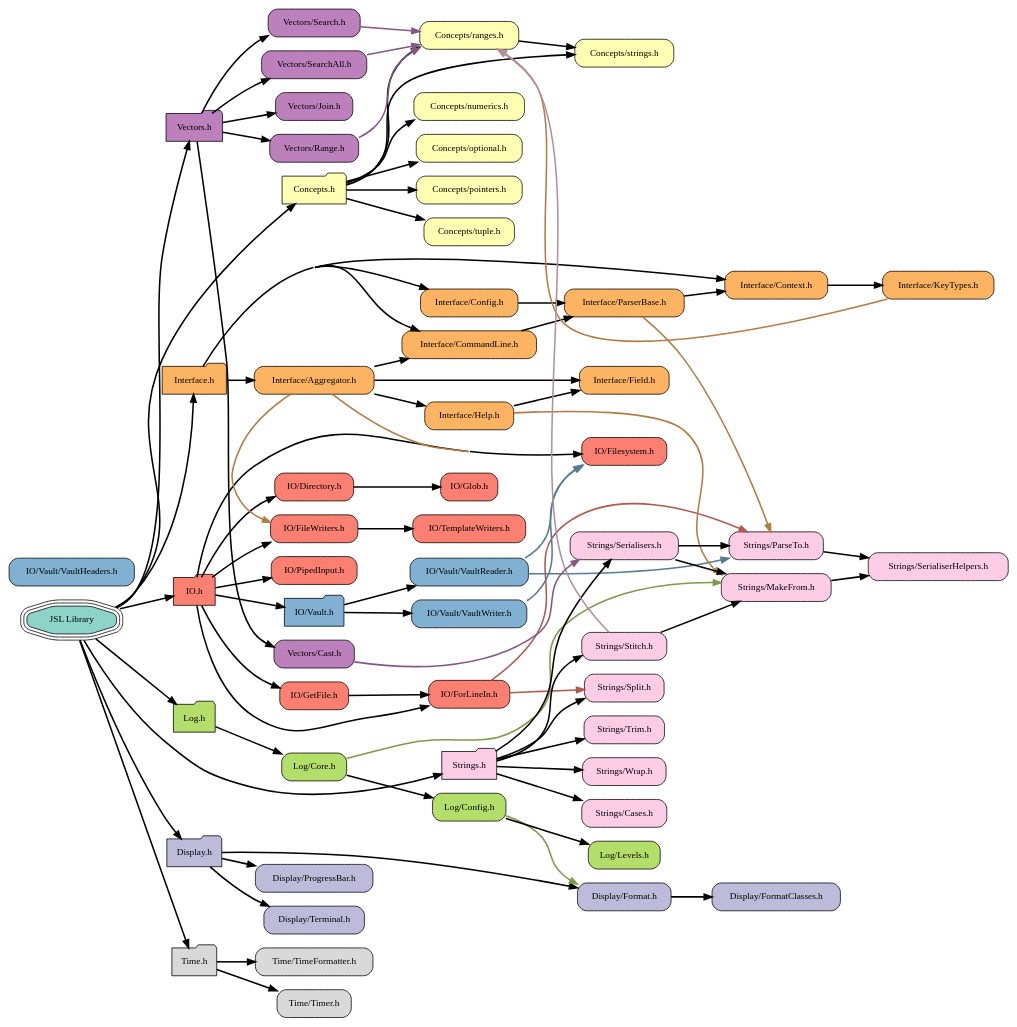
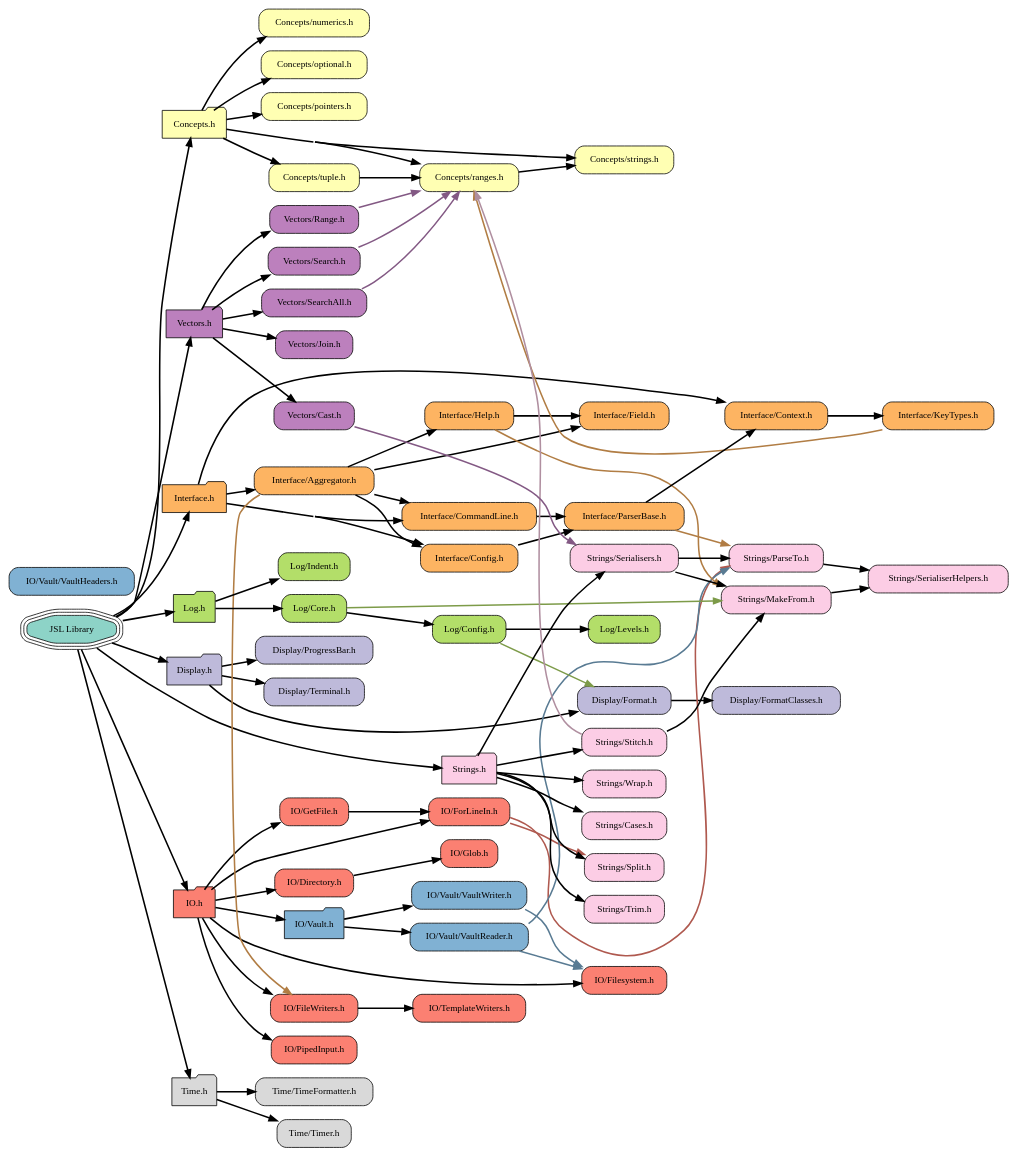
The diagram in docs/visualiser/heirarchy.dot (DrFraserGovil/JSL), drawn with Graphviz before and after one commit. The commit also changed 10 other files, not shown here.

Commit message:
Documented the JSL::Log::Indent function & updated the associated log files & the network visualisations

```diff
--- a/docs/visualiser/heirarchy.dot
+++ b/docs/visualiser/heirarchy.dot
@@ -46,6 +46,7 @@
 	node[fillcolor="#b3de69", style="rounded,filled", shape=folder, color="black"] "Log.h"                       [label="Log.h"]
 	node[fillcolor="#b3de69", style="rounded,filled", shape=box, color="black"] "Log/Config.h"                [label="Log/Config.h"]
 	node[fillcolor="#b3de69", style="rounded,filled", shape=box, color="black"] "Log/Core.h"                  [label="Log/Core.h"]
+	node[fillcolor="#b3de69", style="rounded,filled", shape=box, color="black"] "Log/Indent.h"                [label="Log/Indent.h"]
 	node[fillcolor="#b3de69", style="rounded,filled", shape=box, color="black"] "Log/Levels.h"                [label="Log/Levels.h"]
 	node[fillcolor="#fccde5", style="rounded,filled", shape=folder, color="black"] "Strings.h"                   [label="Strings.h"]
 	node[fillcolor="#fccde5", style="rounded,filled", shape=box, color="black"] "Strings/Cases.h"             [label="Strings/Cases.h"]
@@ -66,32 +67,33 @@
 	node[fillcolor="#bc80bd", style="rounded,filled", shape=box, color="black"] "Vectors/Range.h"             [label="Vectors/Range.h"]
 	node[fillcolor="#bc80bd", style="rounded,filled", shape=box, color="black"] "Vectors/Search.h"            [label="Vectors/Search.h"]
 	node[fillcolor="#bc80bd", style="rounded,filled", shape=box, color="black"] "Vectors/SearchAll.h"         [label="Vectors/SearchAll.h"]
+	"JSL.h"                       -> "Vectors.h"[weight=10000,penwidth=2]
+	"JSL.h"                       -> "Display.h"[weight=10000,penwidth=2]
+	"JSL.h"                       -> "Strings.h"[weight=10000,penwidth=2]
 	"JSL.h"                       -> "Time.h"[weight=10000,penwidth=2]
+	"JSL.h"                       -> "Concepts.h"[weight=10000,penwidth=2]
 	"JSL.h"                       -> "Interface.h"[weight=10000,penwidth=2]
+	"JSL.h"                       -> "Log.h"[weight=10000,penwidth=2]
 	"JSL.h"                       -> "IO.h"[weight=10000,penwidth=2]
-	"JSL.h"                       -> "Display.h"[weight=10000,penwidth=2]
-	"JSL.h"                       -> "Log.h"[weight=10000,penwidth=2]
-	"JSL.h"                       -> "Strings.h"[weight=10000,penwidth=2]
-	"JSL.h"                       -> "Concepts.h"[weight=10000,penwidth=2]
-	"JSL.h"                       -> "Vectors.h"[weight=10000,penwidth=2]
-	"Concepts.h"                  -> "Concepts/optional.h"[weight=10000,penwidth=2]
+	"Concepts.h"                  -> "Concepts/ranges.h"[weight=10000,penwidth=2]
+	"Concepts.h"                  -> "Concepts/numerics.h"[weight=10000,penwidth=2]
 	"Concepts.h"                  -> "Concepts/pointers.h"[weight=10000,penwidth=2]
-	"Concepts.h"                  -> "Concepts/numerics.h"[weight=10000,penwidth=2]
 	"Concepts.h"                  -> "Concepts/tuple.h"[weight=10000,penwidth=2]
 	"Concepts.h"                  -> "Concepts/strings.h"[weight=10000,penwidth=2]
-	"Concepts.h"                  -> "Concepts/ranges.h"[weight=10000,penwidth=2]
+	"Concepts.h"                  -> "Concepts/optional.h"[weight=10000,penwidth=2]
 	"Concepts/ranges.h"           -> "Concepts/strings.h"[weight=10000,penwidth=2]
+	"Concepts/tuple.h"            -> "Concepts/ranges.h"[weight=10000,penwidth=2]
 	"Display.h"                   -> "Display/ProgressBar.h"[weight=10000,penwidth=2]
 	"Display.h"                   -> "Display/Format.h"[weight=10000,penwidth=2]
 	"Display.h"                   -> "Display/Terminal.h"[weight=10000,penwidth=2]
 	"Display/Format.h"            -> "Display/FormatClasses.h"[weight=10000,penwidth=2]
+	"IO.h"                        -> "IO/GetFile.h"[weight=10000,penwidth=2]
+	"IO.h"                        -> "IO/FileWriters.h"[weight=10000,penwidth=2]
+	"IO.h"                        -> "IO/ForLineIn.h"[weight=10000,penwidth=2]
+	"IO.h"                        -> "IO/Vault.h"[weight=10000,penwidth=2]
+	"IO.h"                        -> "IO/PipedInput.h"[weight=10000,penwidth=2]
+	"IO.h"                        -> "IO/Directory.h"[weight=10000,penwidth=2]
 	"IO.h"                        -> "IO/Filesystem.h"[weight=10000,penwidth=2]
-	"IO.h"                        -> "IO/ForLineIn.h"[weight=10000,penwidth=2]
-	"IO.h"                        -> "IO/PipedInput.h"[weight=10000,penwidth=2]
-	"IO.h"                        -> "IO/GetFile.h"[weight=10000,penwidth=2]
-	"IO.h"                        -> "IO/Vault.h"[weight=10000,penwidth=2]
-	"IO.h"                        -> "IO/Directory.h"[weight=10000,penwidth=2]
-	"IO.h"                        -> "IO/FileWriters.h"[weight=10000,penwidth=2]
 	"IO/Directory.h"              -> "IO/Glob.h"[weight=10000,penwidth=2]
 	"IO/FileWriters.h"            -> "IO/TemplateWriters.h"[weight=10000,penwidth=2]
 	"IO/ForLineIn.h"              -> "Strings/ParseTo.h"[constraint=true,weight=0,penwidth=2,color="#af594f"]
@@ -99,8 +101,8 @@
 	"IO/GetFile.h"                -> "IO/ForLineIn.h"[weight=10000,penwidth=2]
 	"IO/Vault.h"                  -> "IO/Vault/VaultWriter.h"[weight=10000,penwidth=2]
 	"IO/Vault.h"                  -> "IO/Vault/VaultReader.h"[weight=10000,penwidth=2]
+	"IO/Vault/VaultReader.h"      -> "Strings/ParseTo.h"[constraint=false,weight=0,penwidth=2,color="#597b93"]
 	"IO/Vault/VaultReader.h"      -> "IO/Filesystem.h"[constraint=true,weight=0,penwidth=2,color="#597b93"]
-	"IO/Vault/VaultReader.h"      -> "Strings/ParseTo.h"[constraint=false,weight=0,penwidth=2,color="#597b93"]
 	"IO/Vault/VaultWriter.h"      -> "IO/Filesystem.h"[constraint=true,weight=0,penwidth=2,color="#597b93"]
 	"Interface.h"                 -> "Interface/Aggregator.h"[weight=10000,penwidth=2]
 	"Interface.h"                 -> "Interface/CommandLine.h"[weight=10000,penwidth=2]
@@ -108,9 +110,9 @@
 	"Interface.h"                 -> "Interface/Context.h"[weight=10000,penwidth=2]
 	"Interface/Aggregator.h"      -> "Interface/Field.h"[weight=10000,penwidth=2]
 	"Interface/Aggregator.h"      -> "Interface/Help.h"[weight=10000,penwidth=2]
-	"Interface/Aggregator.h"      -> "IO/Filesystem.h"[constraint=false,weight=0,penwidth=2,color="#b17d44"]
+	"Interface/Aggregator.h"      -> "Interface/Config.h"[weight=10000,penwidth=2]
+	"Interface/Aggregator.h"      -> "IO/FileWriters.h"[constraint=false,weight=0,penwidth=2,color="#b17d44"]
 	"Interface/Aggregator.h"      -> "Interface/CommandLine.h"[weight=10000,penwidth=2]
-	"Interface/Aggregator.h"      -> "IO/FileWriters.h"[constraint=false,weight=0,penwidth=2,color="#b17d44"]
 	"Interface/CommandLine.h"     -> "Interface/ParserBase.h"[weight=10000,penwidth=2]
 	"Interface/Config.h"          -> "Interface/ParserBase.h"[weight=10000,penwidth=2]
 	"Interface/Context.h"         -> "Interface/KeyTypes.h"[weight=10000,penwidth=2]
@@ -120,6 +122,7 @@
 	"Interface/ParserBase.h"      -> "Interface/Context.h"[weight=10000,penwidth=2]
 	"Interface/ParserBase.h"      -> "Strings/ParseTo.h"[constraint=true,weight=0,penwidth=2,color="#b17d44"]
 	"Log.h"                       -> "Log/Core.h"[weight=10000,penwidth=2]
+	"Log.h"                       -> "Log/Indent.h"[weight=10000,penwidth=2]
 	"Log/Config.h"                -> "Display/Format.h"[constraint=true,weight=0,penwidth=2,color="#7d9b49"]
 	"Log/Config.h"                -> "Log/Levels.h"[weight=10000,penwidth=2]
 	"Log/Core.h"                  -> "Strings/MakeFrom.h"[constraint=true,weight=0,penwidth=2,color="#7d9b49"]
@@ -132,8 +135,8 @@
 	"Strings.h"                   -> "Strings/Wrap.h"[weight=10000,penwidth=2]
 	"Strings/MakeFrom.h"          -> "Strings/SerialiserHelpers.h"[weight=10000,penwidth=2]
 	"Strings/ParseTo.h"           -> "Strings/SerialiserHelpers.h"[weight=10000,penwidth=2]
+	"Strings/Serialisers.h"       -> "Strings/ParseTo.h"[weight=10000,penwidth=2]
 	"Strings/Serialisers.h"       -> "Strings/MakeFrom.h"[weight=10000,penwidth=2]
-	"Strings/Serialisers.h"       -> "Strings/ParseTo.h"[weight=10000,penwidth=2]
 	"Strings/Stitch.h"            -> "Concepts/ranges.h"[constraint=false,weight=0,penwidth=2,color="#b08fa0"]
 	"Strings/Stitch.h"            -> "Strings/MakeFrom.h"[weight=10000,penwidth=2]
 	"Time.h"                      -> "Time/Timer.h"[weight=10000,penwidth=2]
```
